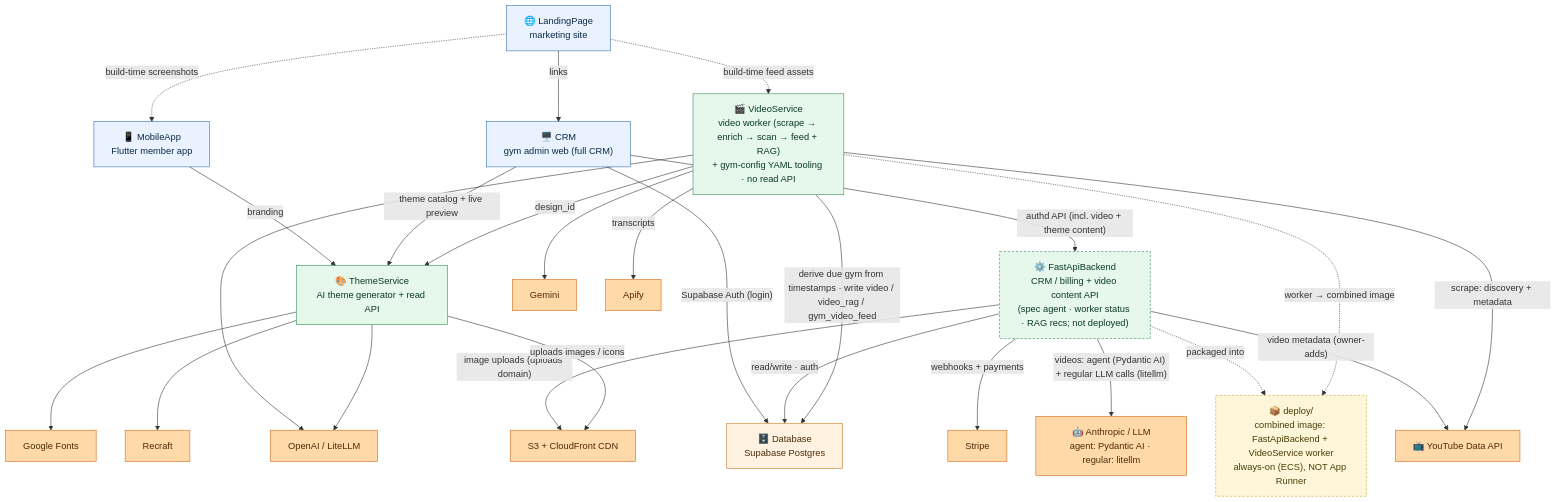
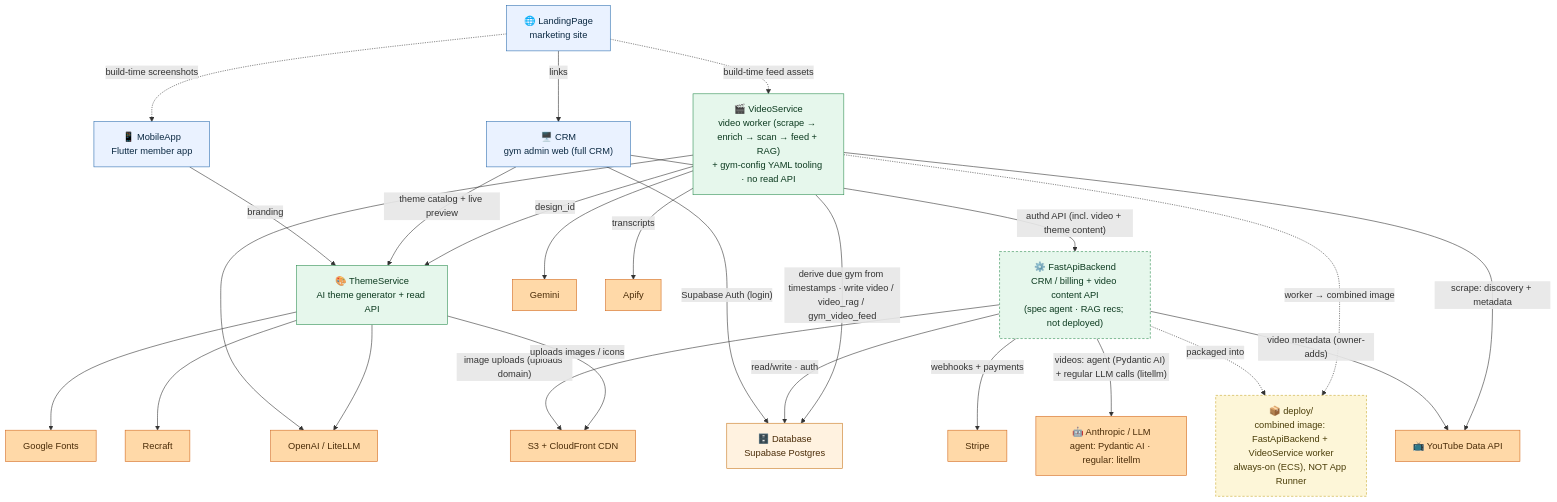
Before and after one commit to jesse51002/CombatDen: the diagram in README.md, drawn with Mermaid. The commit also changed other lines of this file and 24 other files, not shown here.

First line of the commit message:
FastApiBackend: rec = pure-cosine feed wrapper; cut worker-status endpoint

````diff
--- a/README.md
+++ b/README.md
@@ -16,60 +16,60 @@
 ```mermaid
 flowchart TB
   MobileApp["📱 MobileApp<br/>Flutter member app"]
   CRM["🖥️ CRM<br/>gym admin web (full CRM)"]
   LandingPage["🌐 LandingPage<br/>marketing site"]
 
   ThemeService["🎨 ThemeService<br/>AI theme generator + read API"]
   VideoService["🎬 VideoService<br/>video worker (scrape → enrich → scan → feed + RAG)<br/>+ gym-config YAML tooling · no read API"]
-  FastApiBackend["⚙️ FastApiBackend<br/>CRM / billing + video content API<br/>(spec agent · worker status · RAG recs; not deployed)"]
+  FastApiBackend["⚙️ FastApiBackend<br/>CRM / billing + video content API<br/>(spec agent · RAG recs; not deployed)"]
 
   Database["🗄️ Database<br/>Supabase Postgres"]
   Deploy["📦 deploy/<br/>combined image: FastApiBackend + VideoService worker<br/>always-on (ECS), NOT App Runner"]
   Stripe["Stripe"]
   LiteLLM["OpenAI / LiteLLM"]
   Gemini["Gemini"]
   Apify["Apify"]
   YouTube["📺 YouTube Data API"]
   GoogleFonts["Google Fonts"]
   Recraft["Recraft"]
   CDN["S3 + CloudFront CDN"]
   LLMProvider["🤖 Anthropic / LLM<br/>agent: Pydantic AI · regular: litellm"]
 
   MobileApp -->|"branding"| ThemeService
   CRM -->|"theme catalog + live preview"| ThemeService
   CRM -->|"authd API (incl. video + theme content)"| FastApiBackend
   CRM -->|"Supabase Auth (login)"| Database
   LandingPage -->|"links"| CRM
   LandingPage -.->|"build-time screenshots"| MobileApp
   LandingPage -.->|"build-time feed assets"| VideoService
   VideoService -->|"design_id"| ThemeService
   FastApiBackend -->|"read/write · auth"| Database
   VideoService -->|"derive due gym from timestamps · write video / video_rag / gym_video_feed"| Database
   FastApiBackend -->|"webhooks + payments"| Stripe
   FastApiBackend -->|"videos: agent (Pydantic AI) + regular LLM calls (litellm)"| LLMProvider
   FastApiBackend -.->|"packaged into"| Deploy
   VideoService -.->|"worker → combined image"| Deploy
   FastApiBackend -->|"image uploads (uploads domain)"| CDN
   FastApiBackend -->|"video metadata (owner-adds)"| YouTube
   VideoService -->|"scrape: discovery + metadata"| YouTube
   VideoService -->|"transcripts"| Apify
   VideoService --> LiteLLM
   VideoService --> Gemini
   ThemeService --> GoogleFonts
   ThemeService --> Recraft
   ThemeService --> LiteLLM
   ThemeService -->|"uploads images / icons"| CDN
 
   classDef client fill:#eaf2ff,stroke:#2f6fb0,color:#0b2942;
   classDef service fill:#e6f7ec,stroke:#2f8f53,color:#0c3a1f;
   classDef data fill:#fff2e0,stroke:#c9781f,color:#4a2c08;
   classDef ext fill:#ffd9a8,stroke:#d2691e,color:#4a2c08;
   classDef tool fill:#fdf6d8,stroke:#caab2f,color:#4a3d08;
   class MobileApp,CRM,LandingPage client;
   class ThemeService,VideoService,FastApiBackend service;
   class Database data;
   class Deploy tool;
   class Stripe,LiteLLM,Gemini,Apify,YouTube,GoogleFonts,Recraft,CDN,LLMProvider ext;
   style FastApiBackend stroke-dasharray:4 3;
   style Deploy stroke-dasharray:4 3;
 ```
````
